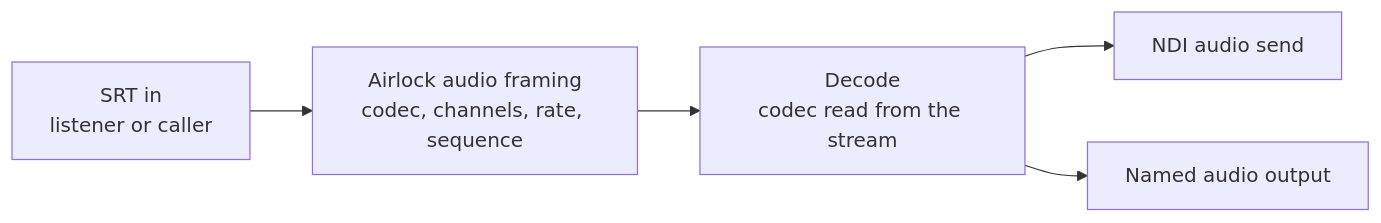
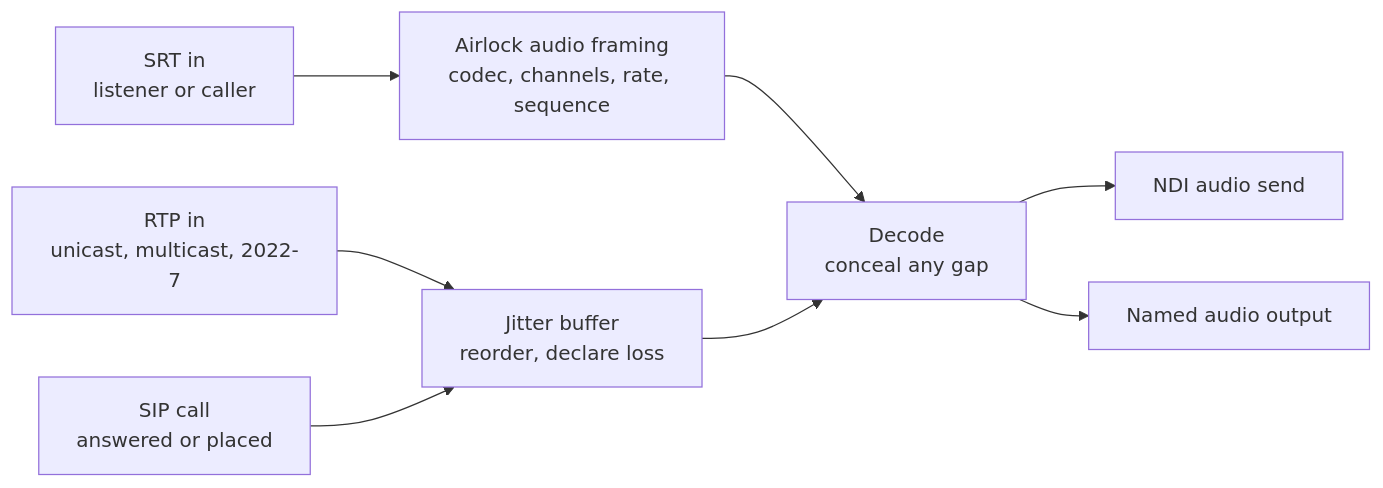
The diagram in docs/audio/decoders.md (cloudcastsystemsau/airlock-ndi2srt-manual), drawn with Mermaid before and after one commit. The commit also changed other lines of this file and 17 other files, not shown here.

````diff
--- a/docs/audio/decoders.md
+++ b/docs/audio/decoders.md
@@ -9,7 +15,10 @@
 ```mermaid
 flowchart LR
   S["SRT in<br/>listener or caller"] --> F["Airlock audio framing<br/>codec, channels, rate, sequence"]
-  F --> D["Decode<br/>codec read from the stream"]
+  R["RTP in<br/>unicast, multicast, 2022-7"] --> J["Jitter buffer<br/>reorder, declare loss"]
+  P["SIP call<br/>answered or placed"] --> J
+  F --> D["Decode<br/>conceal any gap"]
+  J --> D
   D --> N["NDI audio send"]
   D --> O["Named audio output"]
 ```
````
